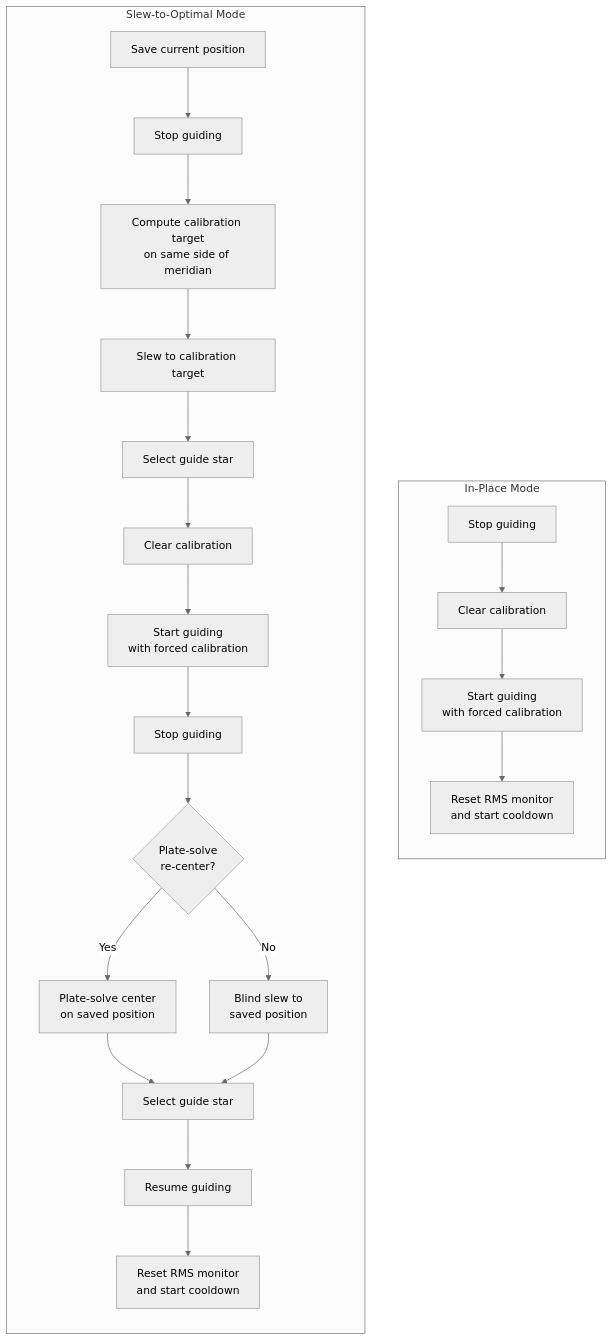
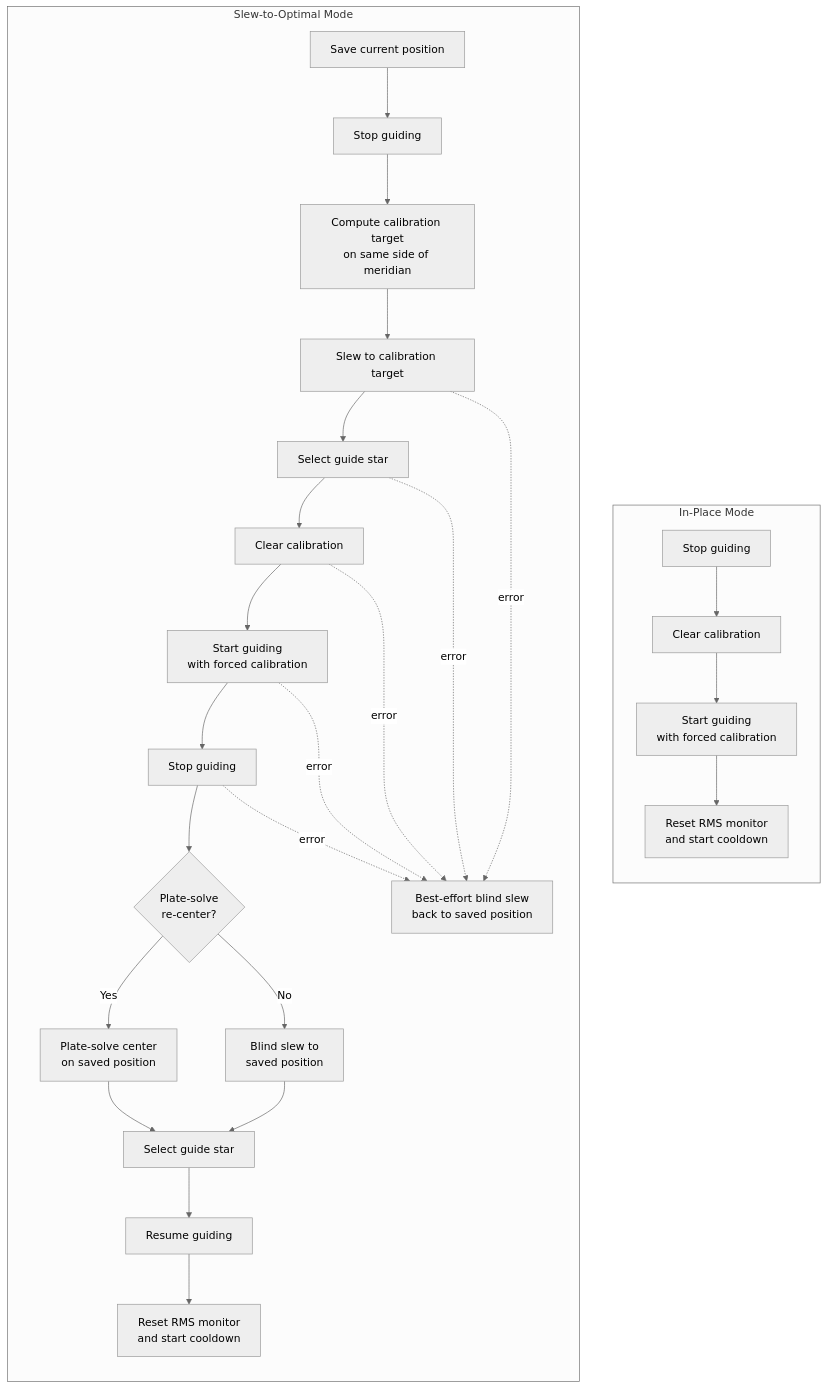
One commit to macourteau/nina-plugins changed the second of 2 diagrams in Triggers/README.md. Above: the diagram before and after it, drawn with Mermaid (neutral theme). The commit also changed other lines of this file and 1 other file, not shown here.

````diff
--- a/Triggers/README.md
+++ b/Triggers/README.md
@@ -40,27 +42,33 @@
 ```mermaid
 flowchart TD
     subgraph inplace["In-Place Mode"]
         direction TB
         IP1[Stop guiding] --> IP2[Clear calibration]
         IP2 --> IP3[Start guiding<br/>with forced calibration]
         IP3 --> IP4[Reset RMS monitor<br/>and start cooldown]
     end
 
     subgraph slew["Slew-to-Optimal Mode"]
         direction TB
         S1[Save current position] --> S2[Stop guiding]
         S2 --> S3[Compute calibration target<br/>on same side of meridian]
         S3 --> S4[Slew to calibration target]
         S4 --> S5[Select guide star]
         S5 --> S6[Clear calibration]
         S6 --> S7[Start guiding<br/>with forced calibration]
         S7 --> S8[Stop guiding]
         S8 --> S9{Plate-solve<br/>re-center?}
         S9 -- Yes --> S10[Plate-solve center<br/>on saved position]
         S9 -- No --> S11[Blind slew to<br/>saved position]
         S10 --> S12[Select guide star]
         S11 --> S12
         S12 --> S13[Resume guiding]
         S13 --> S14[Reset RMS monitor<br/>and start cooldown]
+
+        S4 -. error .-> SE[Best-effort blind slew<br/>back to saved position]
+        S5 -. error .-> SE
+        S6 -. error .-> SE
+        S7 -. error .-> SE
+        S8 -. error .-> SE
     end
 ```
````
